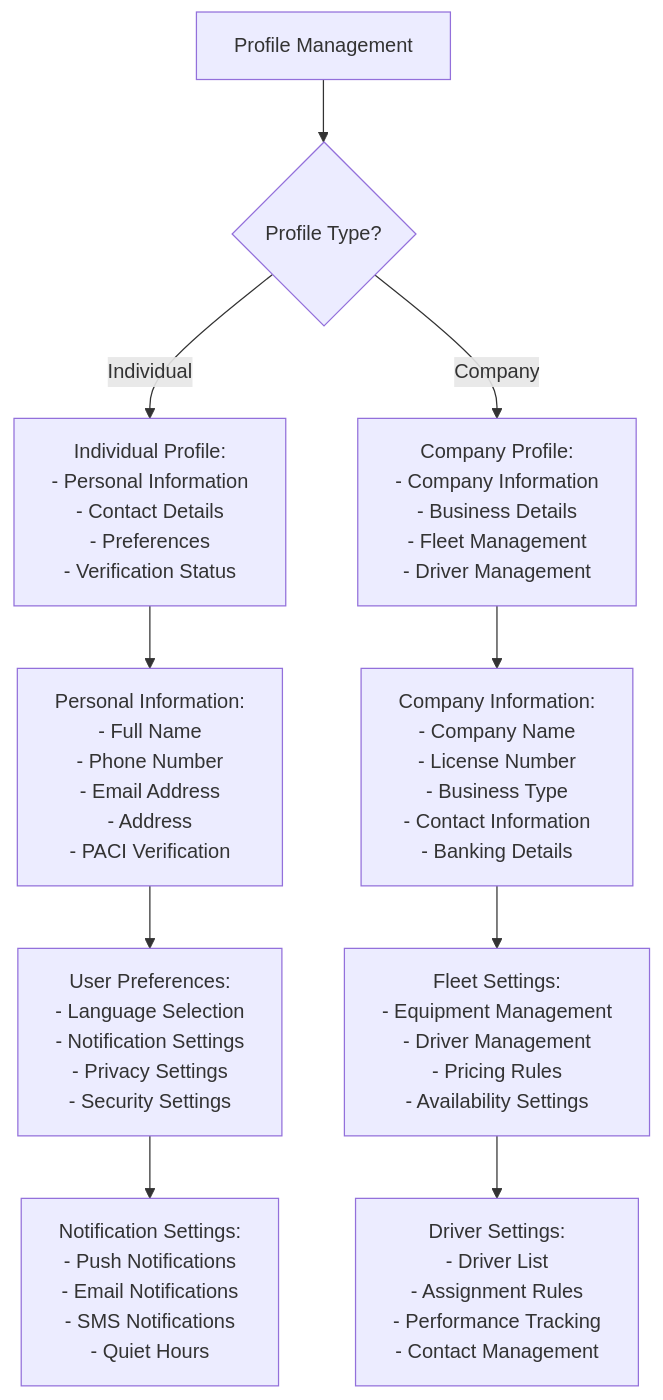
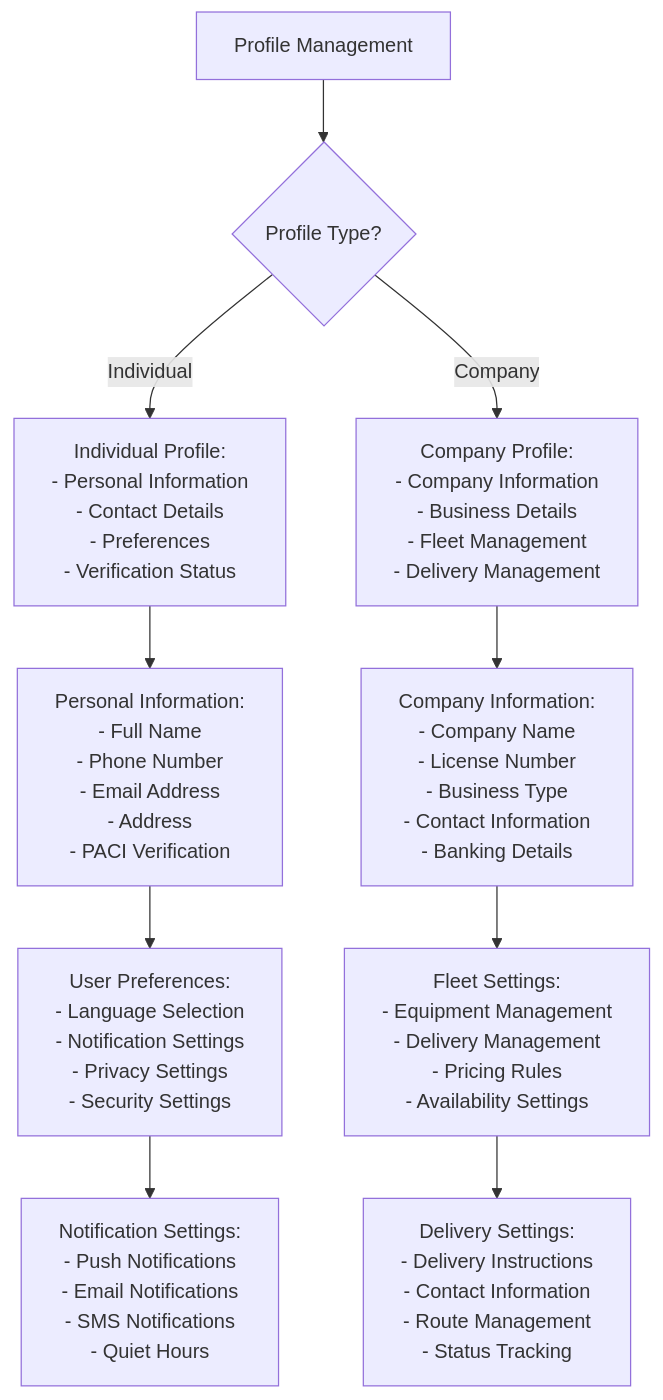
Before and after one commit to engaotb/YARDR: diagram 15 of 15 in 04_User_Experience_Flows.md, drawn with Mermaid. The commit also changed other lines of this file, not shown here.

First line of the commit message:
Simplify Driver system to text-based delivery management

````diff
--- a/04_User_Experience_Flows.md
+++ b/04_User_Experience_Flows.md
@@ -460,20 +450,20 @@
 ```mermaid
 flowchart TD
     Profile[Profile Management] --> ProfileType{Profile Type?}
     
     ProfileType -->|Individual| IndividualProfile[Individual Profile:<br/>- Personal Information<br/>- Contact Details<br/>- Preferences<br/>- Verification Status]
     
-    ProfileType -->|Company| CompanyProfile[Company Profile:<br/>- Company Information<br/>- Business Details<br/>- Fleet Management<br/>- Driver Management]
+    ProfileType -->|Company| CompanyProfile[Company Profile:<br/>- Company Information<br/>- Business Details<br/>- Fleet Management<br/>- Delivery Management]
     
     IndividualProfile --> PersonalInfo[Personal Information:<br/>- Full Name<br/>- Phone Number<br/>- Email Address<br/>- Address<br/>- PACI Verification]
     
     CompanyProfile --> CompanyInfo[Company Information:<br/>- Company Name<br/>- License Number<br/>- Business Type<br/>- Contact Information<br/>- Banking Details]
     
     PersonalInfo --> Preferences[User Preferences:<br/>- Language Selection<br/>- Notification Settings<br/>- Privacy Settings<br/>- Security Settings]
     
-    CompanyInfo --> FleetSettings[Fleet Settings:<br/>- Equipment Management<br/>- Driver Management<br/>- Pricing Rules<br/>- Availability Settings]
+    CompanyInfo --> FleetSettings[Fleet Settings:<br/>- Equipment Management<br/>- Delivery Management<br/>- Pricing Rules<br/>- Availability Settings]
     
     Preferences --> NotificationSettings[Notification Settings:<br/>- Push Notifications<br/>- Email Notifications<br/>- SMS Notifications<br/>- Quiet Hours]
     
-    FleetSettings --> DriverSettings[Driver Settings:<br/>- Driver List<br/>- Assignment Rules<br/>- Performance Tracking<br/>- Contact Management]
+    FleetSettings --> DeliverySettings[Delivery Settings:<br/>- Delivery Instructions<br/>- Contact Information<br/>- Route Management<br/>- Status Tracking]
 ```
````
